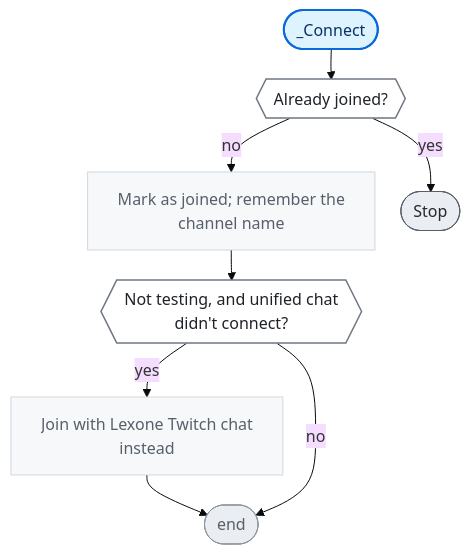
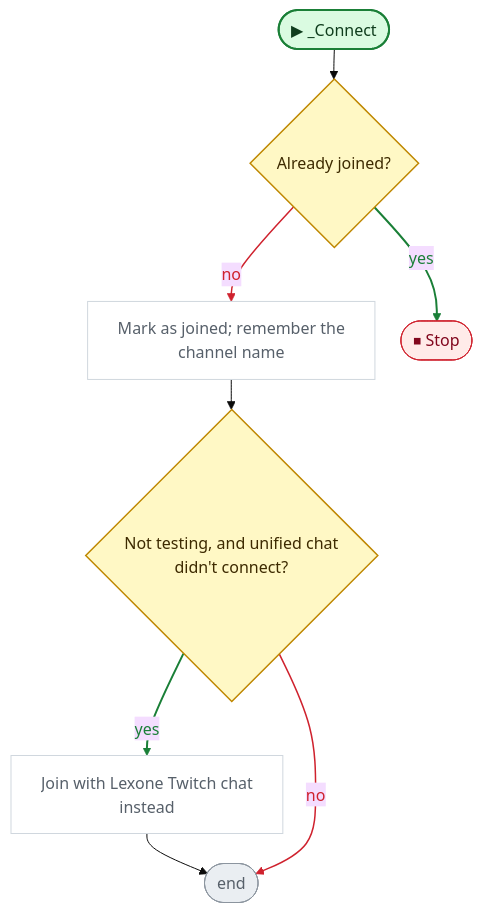
One commit to nataiai/Lord-of-the-Dungeon changed the fifth of 7 diagrams in CodeGraph~/graph/GameManager.cs.md. Above: the diagram before and after it, drawn with Mermaid (base theme). The commit also changed other lines of this file and 44 other files, not shown here.

````diff
--- a/CodeGraph~/graph/GameManager.cs.md
+++ b/CodeGraph~/graph/GameManager.cs.md
@@ -249,39 +274,47 @@
 ```mermaid
 ---
 config:
   flowchart:
     wrappingWidth: 260
     nodeSpacing: 26
     rankSpacing: 30
 ---
 flowchart TD
-  nS(["_Connect"])
-  n269a6d{{"Already joined?"}}
+  nS(["▶ _Connect"])
+  n269a6d{"Already joined?"}
   nd9fac0["Mark as joined; remember the<br>channel name"]
-  n08675a{{"Not testing, and unified chat<br>didn't connect?"}}
+  n08675a{"Not testing, and unified chat<br>didn't connect?"}
   n011fcf["Join with Lexone Twitch chat<br>instead"]
   nE(["end"])
-  nb2e4fc(["Stop"])
+  nb2e4fc(["⏹ Stop"])
   nS --> n269a6d
   n269a6d -->|no| nd9fac0
   n269a6d -->|yes| nb2e4fc
   nd9fac0 --> n08675a
   n08675a -->|yes| n011fcf
   n011fcf --> nE
   n08675a -->|no| nE
-  classDef unity fill:#fff1c2,stroke:#9a6700,stroke-width:2px,color:#3b2300
-  classDef start fill:#ddf4ff,stroke:#0969da,stroke-width:2px,color:#0a3069
-  classDef calc fill:#f6f8fa,stroke:#d0d7de,color:#57606a
-  classDef calls fill:#ffffff,stroke:#0969da,stroke-width:2.5px,color:#0a3069
-  classDef cond fill:#ffffff,stroke:#6e7781,stroke-width:1.5px,color:#1f2328
-  classDef loop fill:#fbefff,stroke:#8250df,color:#3e1f79
-  classDef exit fill:#eaeef2,stroke:#57606a,color:#24292f
-  classDef wait fill:#fff8f0,stroke:#bc4c00,color:#4d1d00
+  linkStyle 1 stroke:#cf222e,stroke-width:1.5px,color:#cf222e
+  linkStyle 2 stroke:#1a7f37,stroke-width:2px,color:#1a7f37
+  linkStyle 4 stroke:#1a7f37,stroke-width:2px,color:#1a7f37
+  linkStyle 6 stroke:#cf222e,stroke-width:1.5px,color:#cf222e
+  classDef unity fill:#dafbe1,stroke:#1a7f37,stroke-width:2px,color:#0f3d1d
+  classDef start fill:#dafbe1,stroke:#1a7f37,stroke-width:2px,color:#0f3d1d
+  classDef calc fill:#ffffff,stroke:#d0d7de,color:#57606a
+  classDef calls fill:#ddf4ff,stroke:#0969da,stroke-width:2px,color:#0a3069
+  classDef ext fill:#ddf4ff,stroke:#0969da,stroke-width:2px,stroke-dasharray:5 3,color:#0a3069
+  classDef cond fill:#fff8c5,stroke:#bf8700,stroke-width:1.5px,color:#3d2a00
+  classDef loop fill:#f6f8fa,stroke:#57606a,color:#1f2328
+  classDef exit fill:#ffebe9,stroke:#cf222e,color:#82071e
+  classDef kill fill:#ffebe9,stroke:#cf222e,stroke-width:2px,color:#82071e
+  classDef spawn fill:#dafbe1,stroke:#1a7f37,stroke-width:2px,color:#0f3d1d
+  classDef wait fill:#fff1e5,stroke:#bc4c00,color:#4d1d00
   classDef fin fill:#eaeef2,stroke:#8c959f,color:#57606a
   classDef join fill:#d0d7de,stroke:#8c959f,color:#57606a
+  classDef ghdr fill:#f5f9ff,stroke:#f5f9ff,color:#0a3069,font-weight:bold
   class nd9fac0,n011fcf calc
   class n269a6d,n08675a cond
   class nb2e4fc exit
   class nE fin
   class nS start
 ```
````
